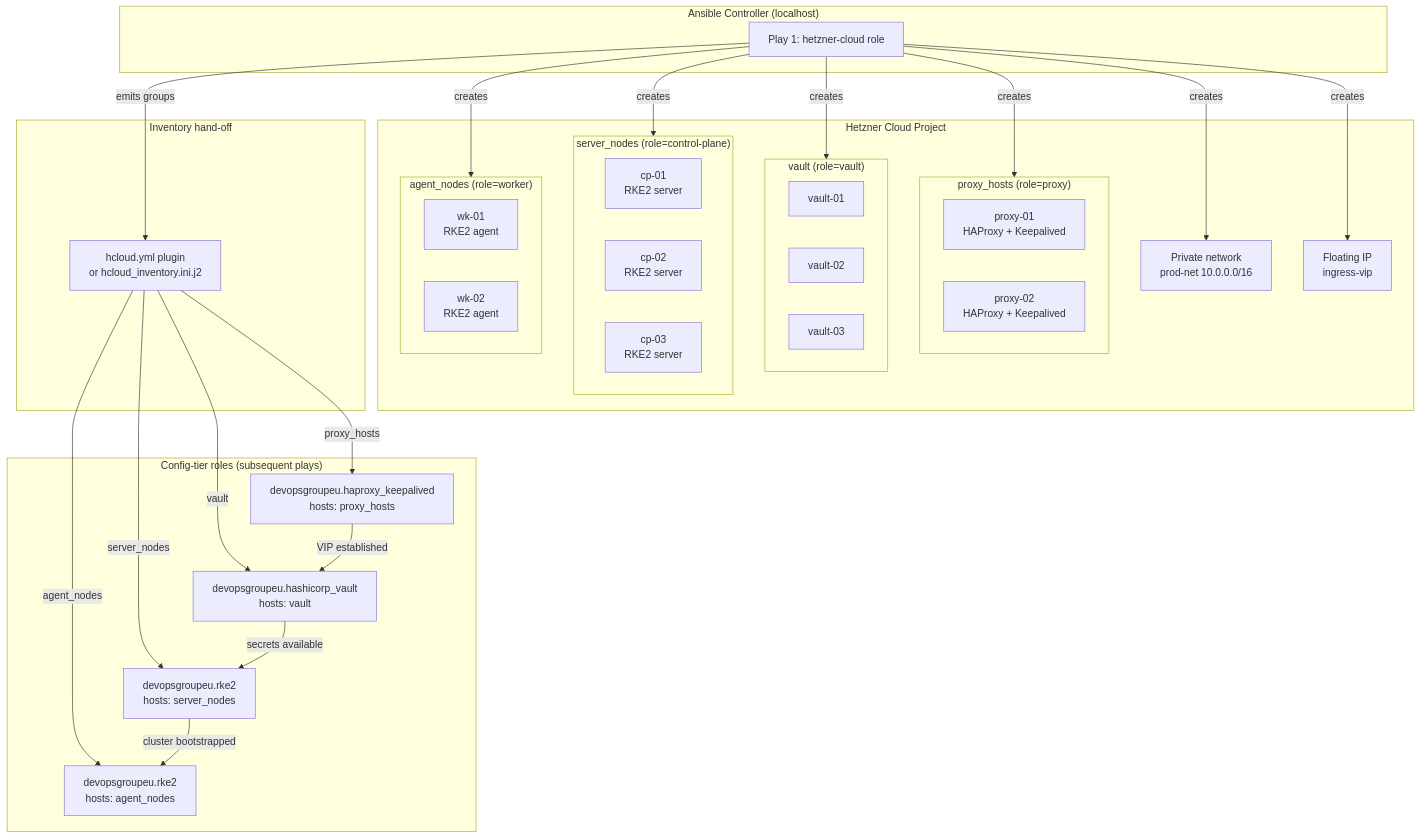
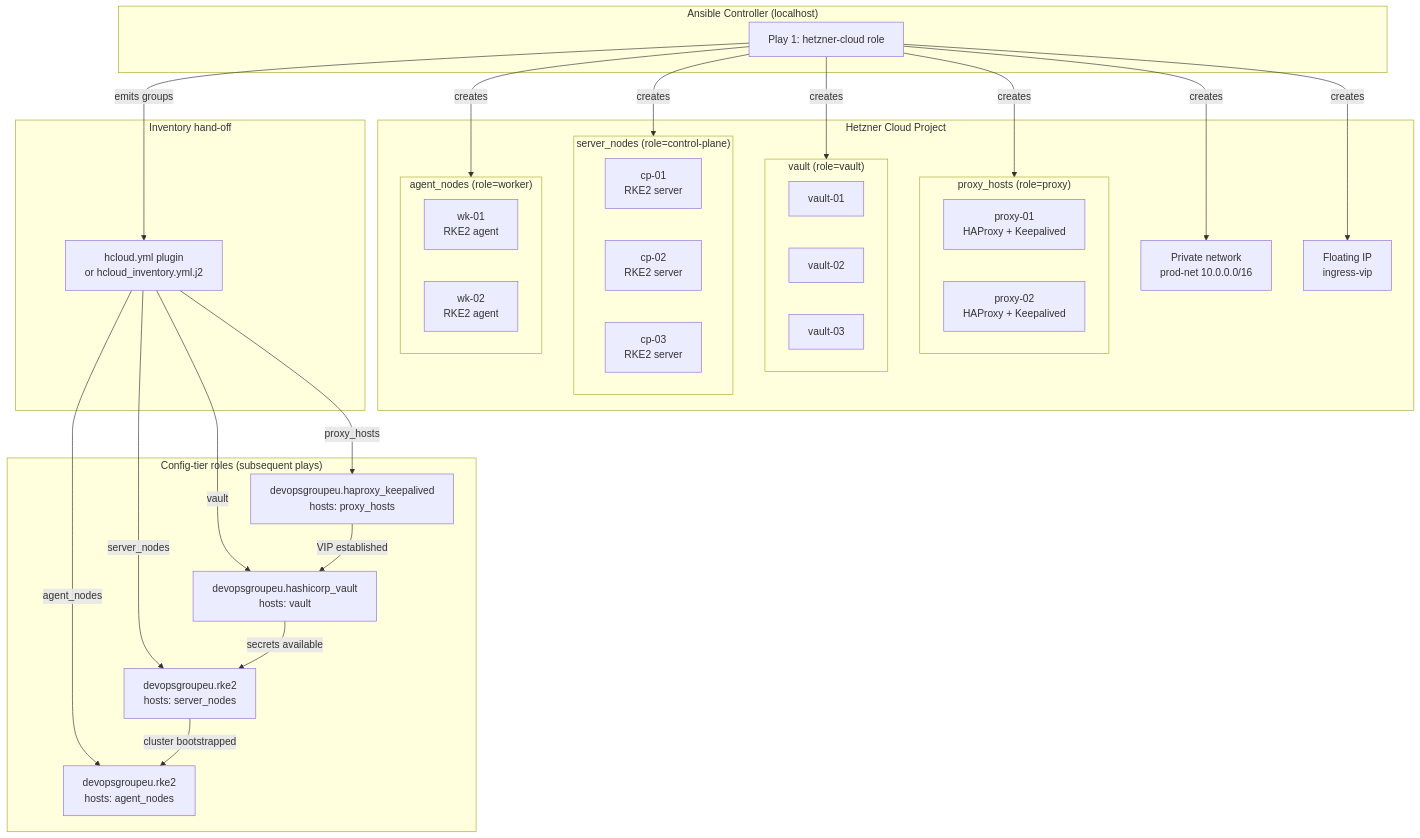
One commit to devopsgroupeu/ansible-role-hetzner-cloud changed the diagram in docs/ARCHITECTURE.md. Above: the diagram before and after it, drawn with Mermaid. The commit also changed other lines of this file and 13 other files, not shown here.

First line of the commit message:
refactor: render generated + example inventory as YAML instead of INI

````diff
--- a/docs/ARCHITECTURE.md
+++ b/docs/ARCHITECTURE.md
@@ -13,61 +13,61 @@
 ```mermaid
 flowchart TD
     subgraph Controller["Ansible Controller (localhost)"]
         play["Play 1: hetzner-cloud role"]
     end
 
     subgraph HCloud["Hetzner Cloud Project"]
         net["Private network\nprod-net 10.0.0.0/16"]
         fip["Floating IP\ningress-vip"]
 
         subgraph proxy_group["proxy_hosts (role=proxy)"]
             px1["proxy-01\nHAProxy + Keepalived"]
             px2["proxy-02\nHAProxy + Keepalived"]
         end
 
         subgraph vault_group["vault (role=vault)"]
             v1["vault-01"]
             v2["vault-02"]
             v3["vault-03"]
         end
 
         subgraph cp_group["server_nodes (role=control-plane)"]
             cp1["cp-01\nRKE2 server"]
             cp2["cp-02\nRKE2 server"]
             cp3["cp-03\nRKE2 server"]
         end
 
         subgraph wk_group["agent_nodes (role=worker)"]
             wk1["wk-01\nRKE2 agent"]
             wk2["wk-02\nRKE2 agent"]
         end
     end
 
     subgraph Inventory["Inventory hand-off"]
-        inv["hcloud.yml plugin\nor hcloud_inventory.ini.j2"]
+        inv["hcloud.yml plugin\nor hcloud_inventory.yml.j2"]
     end
 
     subgraph DownstreamRoles["Config-tier roles (subsequent plays)"]
         r_haproxy["devopsgroupeu.haproxy_keepalived\nhosts: proxy_hosts"]
         r_vault["devopsgroupeu.hashicorp_vault\nhosts: vault"]
         r_rke2_srv["devopsgroupeu.rke2\nhosts: server_nodes"]
         r_rke2_agent["devopsgroupeu.rke2\nhosts: agent_nodes"]
     end
 
     play -->|"creates"| net
     play -->|"creates"| fip
     play -->|"creates"| proxy_group
     play -->|"creates"| vault_group
     play -->|"creates"| cp_group
     play -->|"creates"| wk_group
     play -->|"emits groups"| inv
 
     inv -->|"server_nodes"| r_rke2_srv
     inv -->|"agent_nodes"| r_rke2_agent
     inv -->|"proxy_hosts"| r_haproxy
     inv -->|"vault"| r_vault
 
     r_haproxy -->|"VIP established"| r_vault
     r_vault -->|"secrets available"| r_rke2_srv
     r_rke2_srv -->|"cluster bootstrapped"| r_rke2_agent
 ```
````
